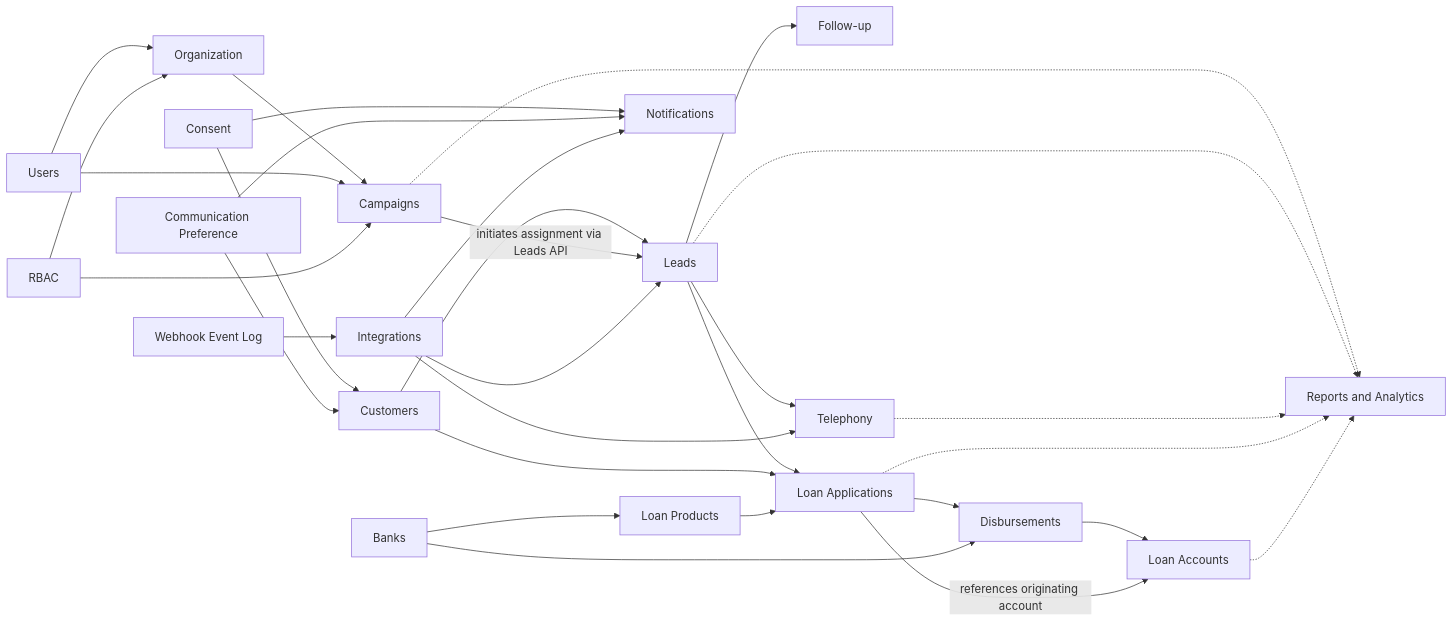
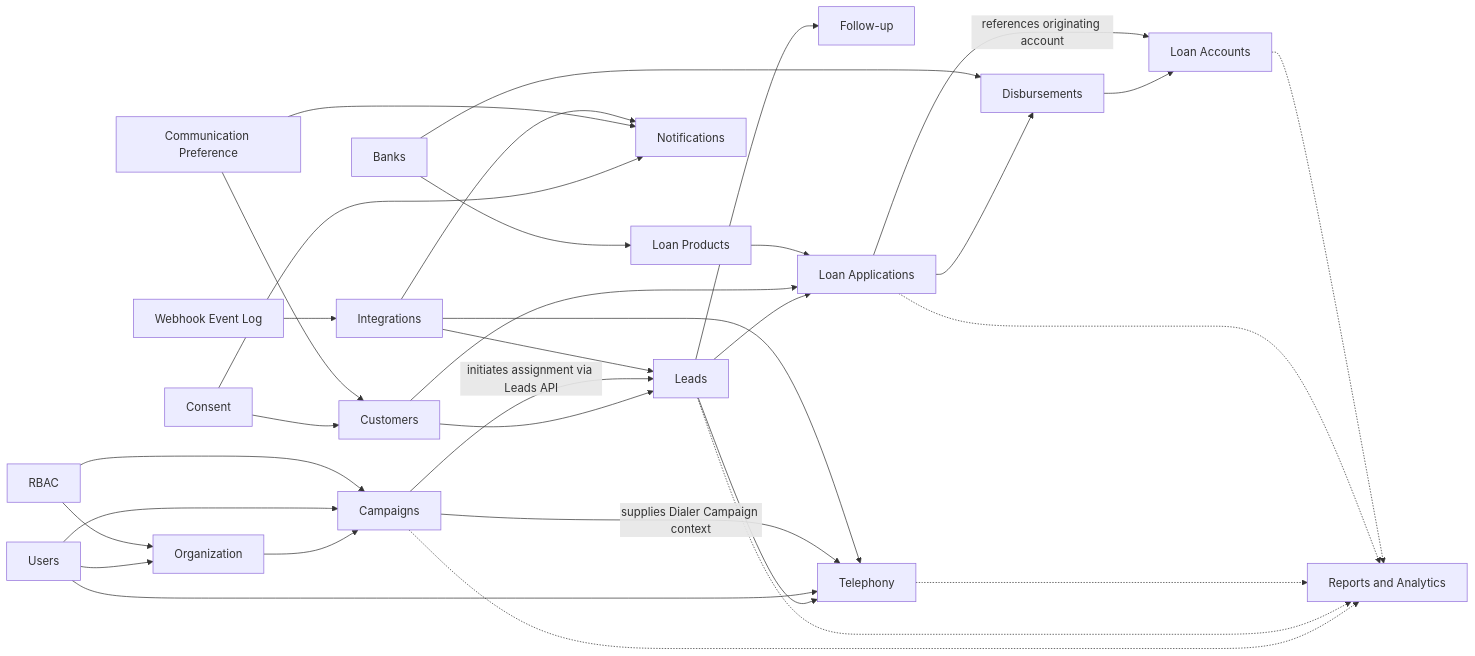
Before and after one commit to Mudraxcapital/mudrax-crm: the diagram in docs/domain/domain-model.md, drawn with Mermaid. The commit also changed other lines of this file and 3 other files, not shown here.

Commit message:
feat: complete telephony and call center architecture

````diff
--- a/docs/domain/domain-model.md
+++ b/docs/domain/domain-model.md
@@ -407,33 +547,35 @@
 ```mermaid
 flowchart LR
   Users[Users] --> Organization[Organization]
   Rbac[RBAC] --> Organization
   Organization --> Campaigns[Campaigns]
   Users --> Campaigns
   Rbac --> Campaigns
   Customers[Customers] --> Leads[Leads]
   Campaigns -- initiates assignment via Leads API --> Leads
   Leads --> FollowUp[Follow-up]
   Leads --> Telephony[Telephony]
+  Users --> Telephony
+  Campaigns -- supplies Dialer Campaign context --> Telephony
   Campaigns -.-> Reports[Reports and Analytics]
   Leads -.-> Reports
   Telephony -.-> Reports
   Consent[Consent] --> Customers
   CommPreference[Communication Preference] --> Customers
   Consent --> Notifications[Notifications]
   CommPreference --> Notifications
   WebhookLog[Webhook Event Log] --> Integrations[Integrations]
   Integrations --> Leads
   Integrations --> Notifications
   Integrations --> Telephony
   Leads --> LoanApplications[Loan Applications]
   Customers --> LoanApplications
   Banks[Banks] --> LoanProducts[Loan Products]
   LoanProducts --> LoanApplications
   LoanApplications --> Disbursements[Disbursements]
   Banks --> Disbursements
   Disbursements --> LoanAccounts[Loan Accounts]
   LoanApplications -- references originating account --> LoanAccounts
   LoanApplications -.-> Reports
   LoanAccounts -.-> Reports
 ```
````
